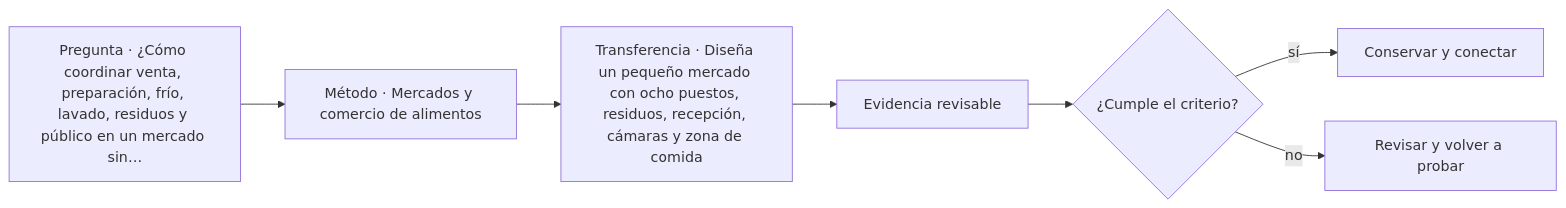
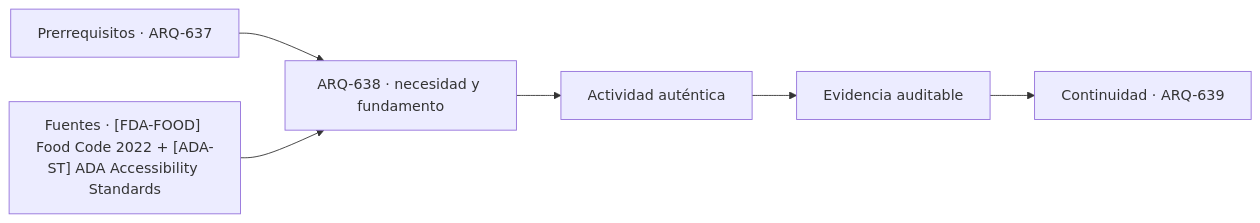
One commit to vladimiracunadev-create/architecture-built-environment-learning-program changed the diagram in classes/parte-64/ARQ-638.md. Above: the diagram before and after it, drawn with Mermaid. The commit also changed other lines of this file and 761 other files, not shown here.

````diff
--- a/classes/parte-64/ARQ-638.md
+++ b/classes/parte-64/ARQ-638.md
@@ -58,9 +70,8 @@
 ```mermaid
 flowchart LR
-    Q["Pregunta · ¿Cómo coordinar venta, preparación, frío, lavado, residuos y público en un mercado sin…"] --> M["Método · Mercados y comercio de alimentos"]
-    M --> P["Transferencia · Diseña un pequeño mercado con ocho puestos, residuos, recepción, cámaras y zona de comida"]
-    P --> E["Evidencia revisable"]
-    E --> C{"¿Cumple el criterio?"}
-    C -->|sí| T["Conservar y conectar"]
-    C -->|no| R["Revisar y volver a probar"]
+    A["Prerrequisitos · ARQ-637"] --> B["ARQ-638 · necesidad y fundamento"]
+    S["Fuentes · [FDA-FOOD] Food Code 2022 + [ADA-ST] ADA Accessibility Standards"] --> B
+    B --> C["Actividad auténtica"]
+    C --> D["Evidencia auditable"]
+    D --> E["Continuidad · ARQ-639"]
 ```
````
